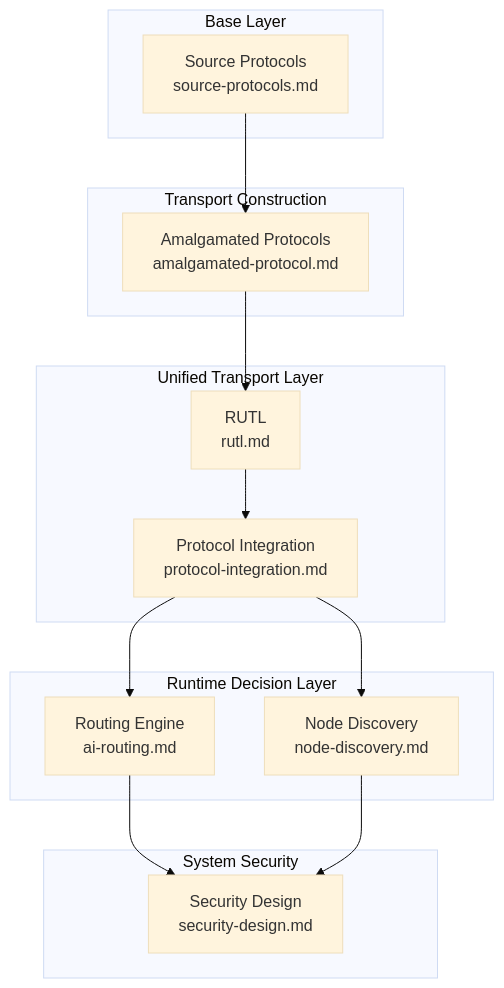
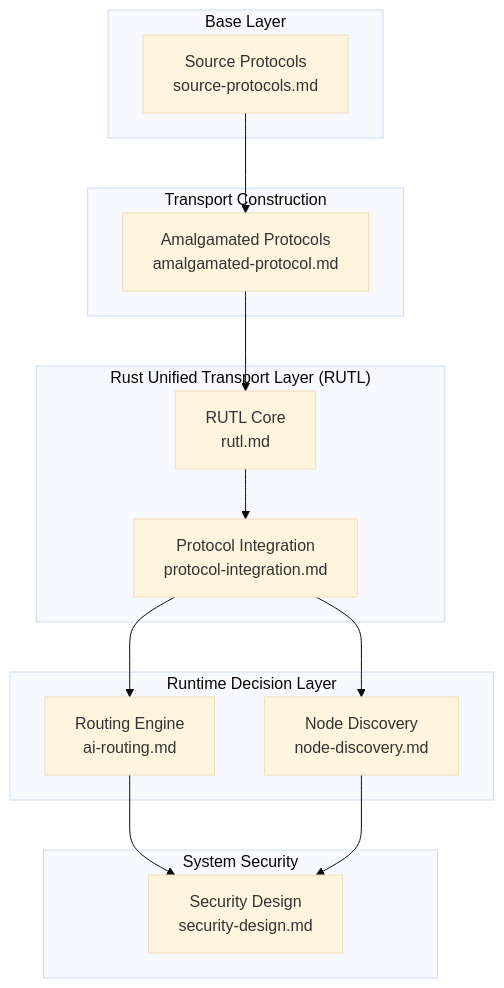
The diagram in architecture/README.md (dawn-infra-labs/dawn-secure-transport), drawn with Mermaid (base theme) before and after one commit.

````diff
--- a/architecture/README.md
+++ b/architecture/README.md
@@ -25,33 +25,39 @@
 ```mermaid
 flowchart TB
 
+    %% Base Layer
     subgraph Base["Base Layer"]
         SP[Source Protocols<br/>source-protocols.md]
     end
 
-    subgraph Construction["Transport Construction"]
+    %% Amalgamated Protocols
+    subgraph Amalgamation["Transport Construction"]
         AP[Amalgamated Protocols<br/>amalgamated-protocol.md]
     end
 
-    subgraph Transport["Unified Transport Layer"]
-        RUTL[RUTL<br/>rutl.md]
+    %% RUTL as the Core Layer
+    subgraph RUTL_LAYER["Rust Unified Transport Layer (RUTL)"]
+        RUTL[RUTL Core<br/>rutl.md]
         PI[Protocol Integration<br/>protocol-integration.md]
     end
 
+    %% Runtime Layer
     subgraph Runtime["Runtime Decision Layer"]
         RT[Routing Engine<br/>ai-routing.md]
         ND[Node Discovery<br/>node-discovery.md]
     end
 
+    %% Security Layer
     subgraph Security["System Security"]
         SEC[Security Design<br/>security-design.md]
     end
 
+    %% Connections
     SP --> AP
     AP --> RUTL
     RUTL --> PI
     PI --> RT
     PI --> ND
     RT --> SEC
     ND --> SEC
 ```
````
